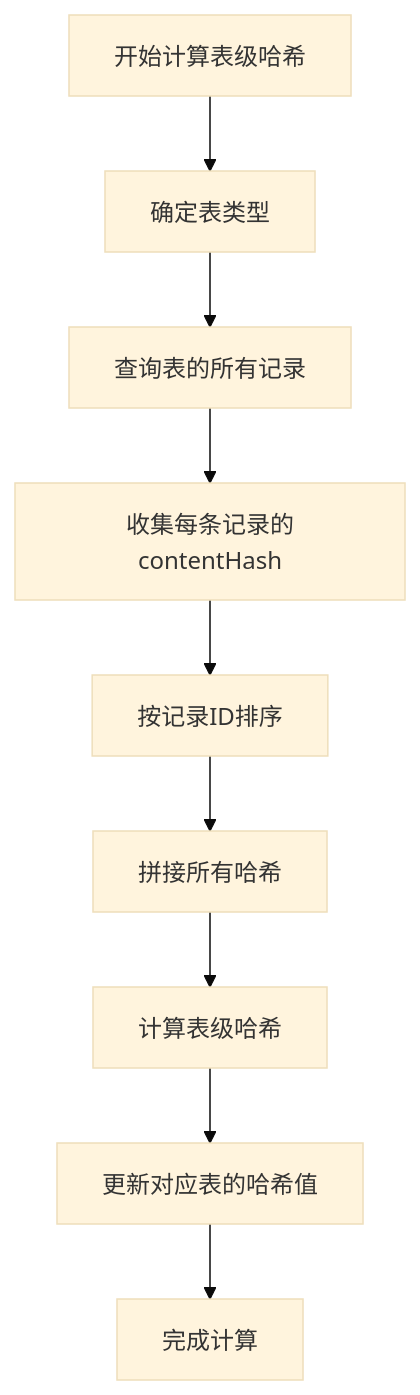
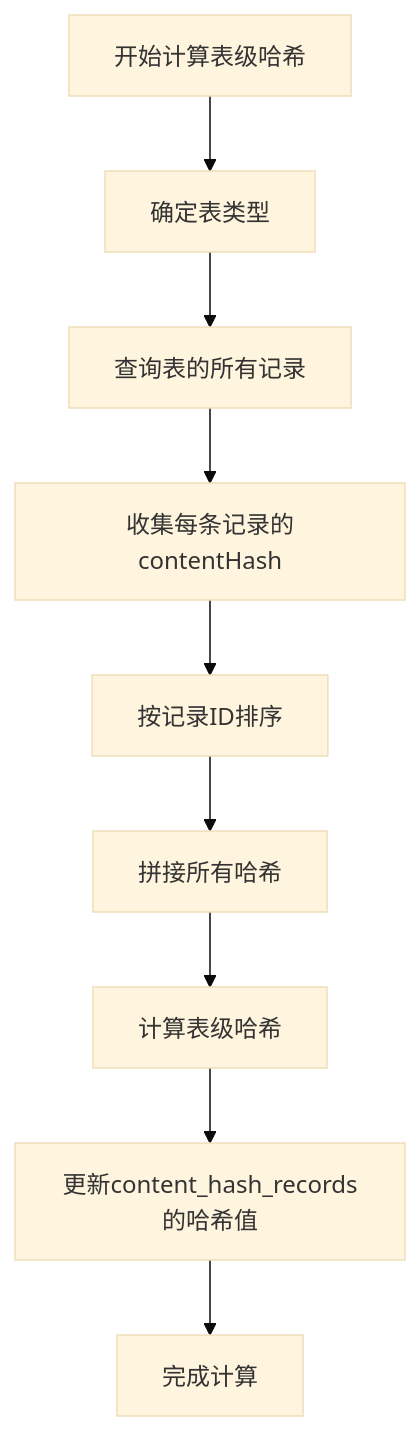
One commit to yingjianzh/iodraw-files changed the diagram in all/未命名-42.md. Above: the diagram before and after it, drawn with Mermaid (base theme).

Commit message:
2025-04-24 15:25:46 update

````diff
--- a/all/未命名-42.md
+++ b/all/未命名-42.md
@@ -1,13 +1,13 @@
 ```mermaid
 flowchart TD
     Start[开始计算表级哈希] --> GetTableType[确定表类型]
     GetTableType --> QueryRecords[查询表的所有记录]
     QueryRecords --> CollectHashes[收集每条记录的contentHash]
     
     CollectHashes --> SortByIds[按记录ID排序]
     SortByIds --> ConcatHashes[拼接所有哈希]
     ConcatHashes --> ComputeTableHash[计算表级哈希]
     
-    ComputeTableHash --> UpdateStateTable[更新对应表的哈希值]
+    ComputeTableHash --> UpdateStateTable[更新content_hash_records的哈希值]
     UpdateStateTable --> End[完成计算]
 ```
````
